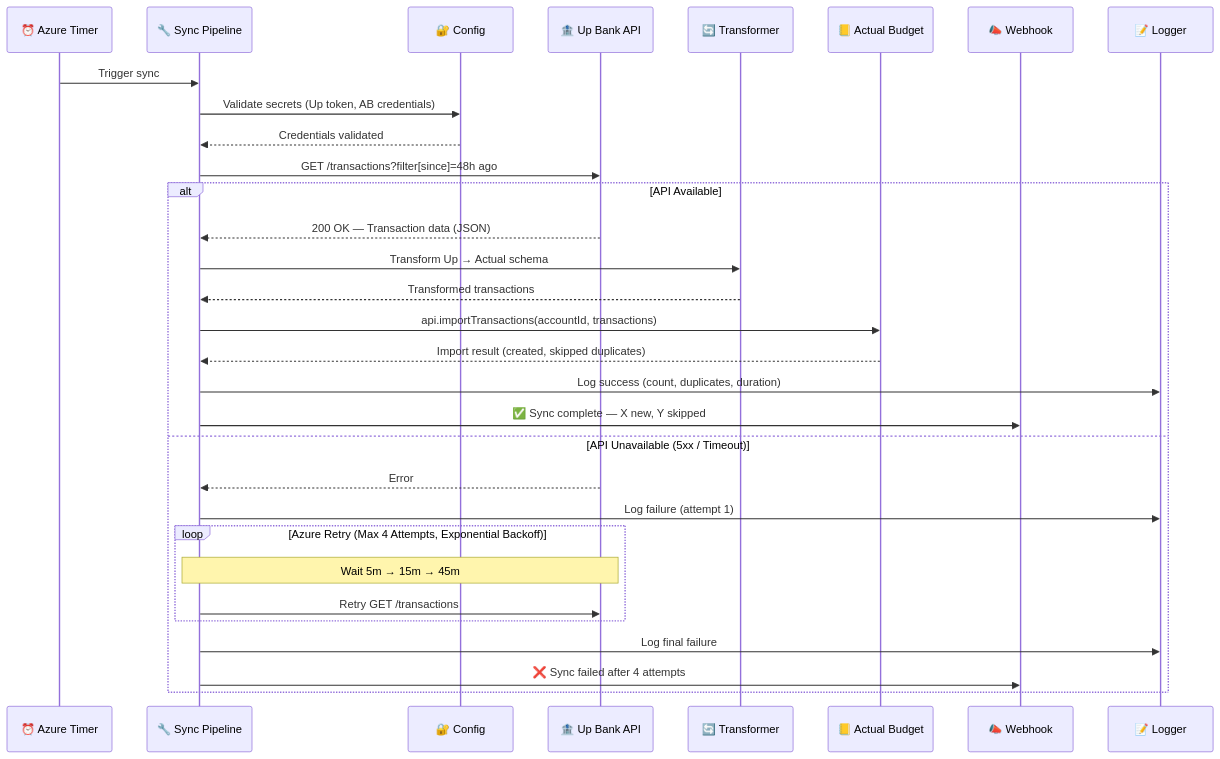
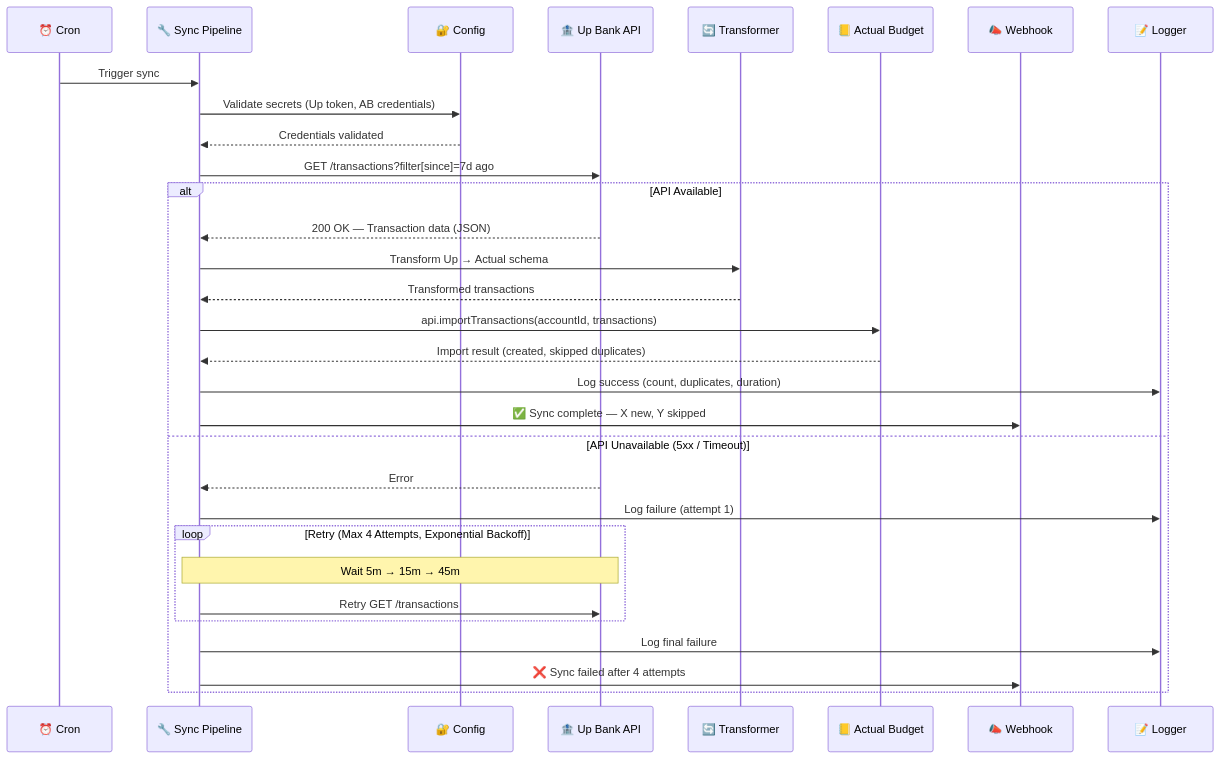
Before and after one commit to romanesmatt/up-to-actual: the second of 3 diagrams in README.md, drawn with Mermaid. The commit also changed other lines of this file and 12 other files, not shown here.

First line of the commit message:
refactor: migrate from Azure Functions to standalone cron job

````diff
--- a/README.md
+++ b/README.md
@@ -66,35 +66,35 @@
 ```mermaid
 sequenceDiagram
-    participant Timer as ⏰ Azure Timer
+    participant Cron as ⏰ Cron
     participant Sync as 🔧 Sync Pipeline
     participant Config as 🔐 Config
     participant Up as 🏦 Up Bank API
     participant Trans as 🔄 Transformer
     participant AB as 📒 Actual Budget
     participant Notify as 📣 Webhook
     participant Log as 📝 Logger
 
-    Timer->>Sync: Trigger sync
+    Cron->>Sync: Trigger sync
     Sync->>Config: Validate secrets (Up token, AB credentials)
     Config-->>Sync: Credentials validated
 
-    Sync->>Up: GET /transactions?filter[since]=48h ago
+    Sync->>Up: GET /transactions?filter[since]=7d ago
     alt API Available
         Up-->>Sync: 200 OK — Transaction data (JSON)
         Sync->>Trans: Transform Up → Actual schema
         Trans-->>Sync: Transformed transactions
         Sync->>AB: api.importTransactions(accountId, transactions)
         AB-->>Sync: Import result (created, skipped duplicates)
         Sync->>Log: Log success (count, duplicates, duration)
         Sync->>Notify: ✅ Sync complete — X new, Y skipped
     else API Unavailable (5xx / Timeout)
         Up-->>Sync: Error
         Sync->>Log: Log failure (attempt 1)
-        loop Azure Retry (Max 4 Attempts, Exponential Backoff)
+        loop Retry (Max 4 Attempts, Exponential Backoff)
             Note over Sync,Up: Wait 5m → 15m → 45m
             Sync->>Up: Retry GET /transactions
         end
         Sync->>Log: Log final failure
         Sync->>Notify: ❌ Sync failed after 4 attempts
     end
 ```
````
